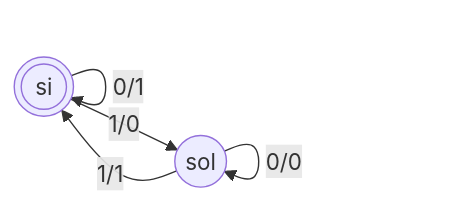
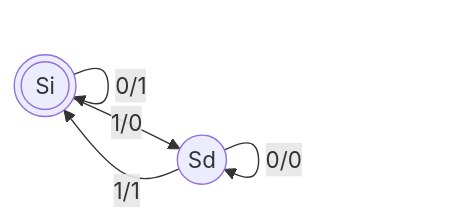
One commit to SuperSamus/appunti-universitari changed the fourth of 5 diagrams in Architettura e sistemi operativi/Automi.md. Above: the diagram before and after it, drawn with Mermaid. The commit also changed other lines of this file and 1 other file, not shown here.

````diff
--- a/Architettura e sistemi operativi/Automi.md
+++ b/Architettura e sistemi operativi/Automi.md
@@ -103,6 +103,6 @@
 ```mermaid
 flowchart LR
-si(((si))) --> |1/0| sol((sol)) --> |1/1| si
+si(((Si))) --> |1/0| sd((Sd)) --> |1/1| si
 si --> |0/1| si
-sol --> |0/0| sol
+sd --> |0/0| sd
 ```
````
